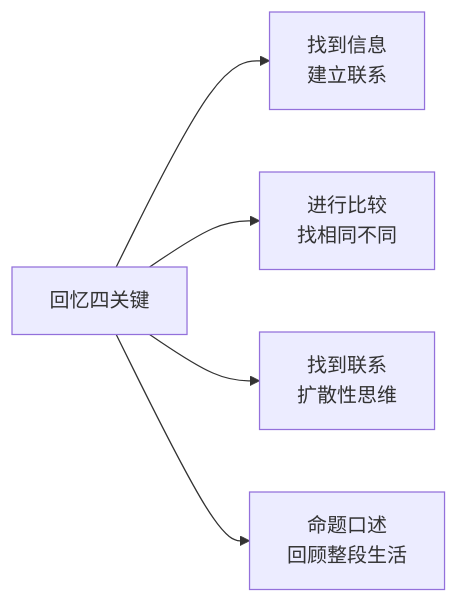
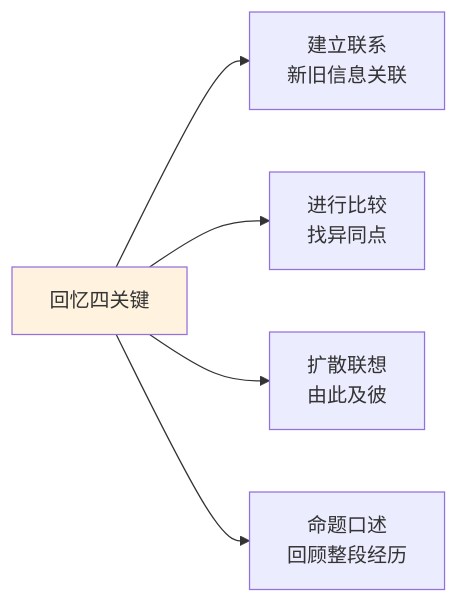
The eighth of 10 diagrams in 10.自我进阶提升书/07.底层思维的训练/7.4记忆能力的训练.md (chongyang211/YCBookBlog), drawn with Mermaid before and after one commit. The commit also changed other lines of this file and 6 other files, not shown here.

````diff
--- a/10.自我进阶提升书/07.底层思维的训练/7.4记忆能力的训练.md
+++ b/10.自我进阶提升书/07.底层思维的训练/7.4记忆能力的训练.md
@@ -141,7 +294,8 @@
 ```mermaid
 graph LR
-    A[回忆四关键] --> B[找到信息<br>建立联系]
-    A --> C[进行比较<br>找相同不同]
-    A --> D[找到联系<br>扩散性思维]
-    A --> E[命题口述<br>回顾整段生活]
+    A[回忆四关键] --> B[建立联系<br>新旧信息关联]
+    A --> C[进行比较<br>找异同点]
+    A --> D[扩散联想<br>由此及彼]
+    A --> E[命题口述<br>回顾整段经历]
+    style A fill:#fff3e0
 ```
````
